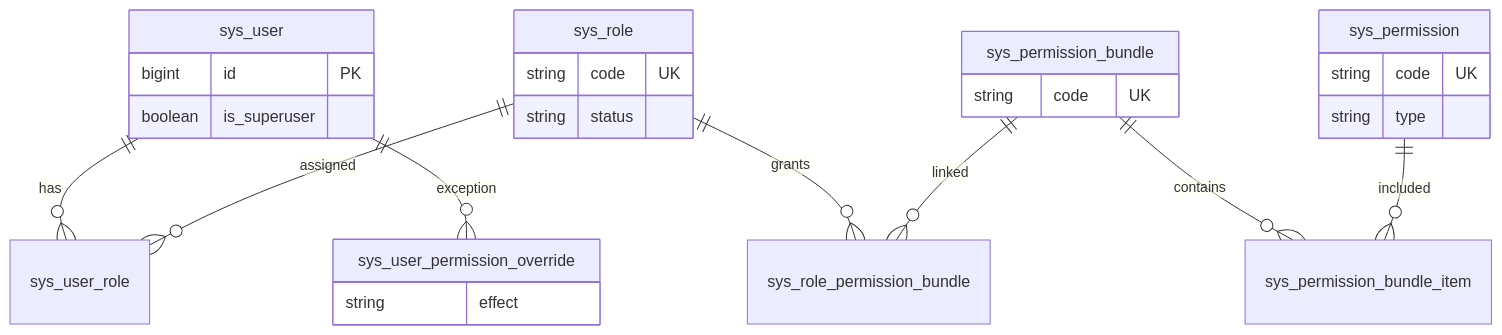
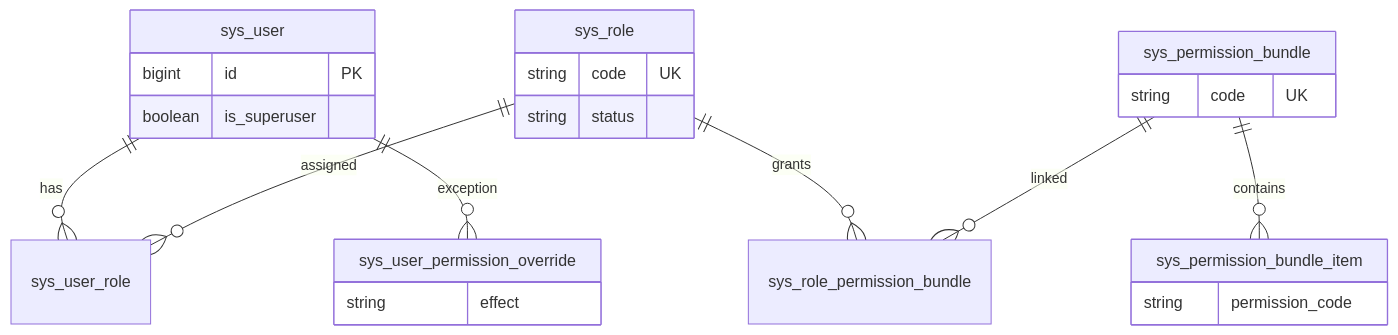
The first of 4 diagrams in docs/auth-permissions.md (TianBa-SCP035/Antibody_Forge), drawn with Mermaid before and after one commit. The commit also changed other lines of this file and 186 other files, not shown here.

````diff
--- a/docs/auth-permissions.md
+++ b/docs/auth-permissions.md
@@ -9,29 +9,27 @@
 ```mermaid
 erDiagram
   sys_user ||--o{ sys_user_role : has
   sys_role ||--o{ sys_user_role : assigned
   sys_role ||--o{ sys_role_permission_bundle : grants
   sys_permission_bundle ||--o{ sys_role_permission_bundle : linked
   sys_permission_bundle ||--o{ sys_permission_bundle_item : contains
-  sys_permission ||--o{ sys_permission_bundle_item : included
   sys_user ||--o{ sys_user_permission_override : exception
 
   sys_user {
     bigint id PK
     boolean is_superuser
   }
   sys_role {
     string code UK
     string status
   }
-  sys_permission {
-    string code UK
-    string type
-  }
   sys_permission_bundle {
     string code UK
+  }
+  sys_permission_bundle_item {
+    string permission_code
   }
   sys_user_permission_override {
     string effect
   }
 ```
````
